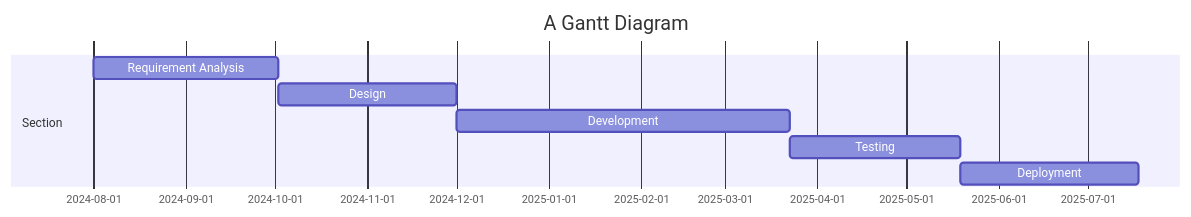
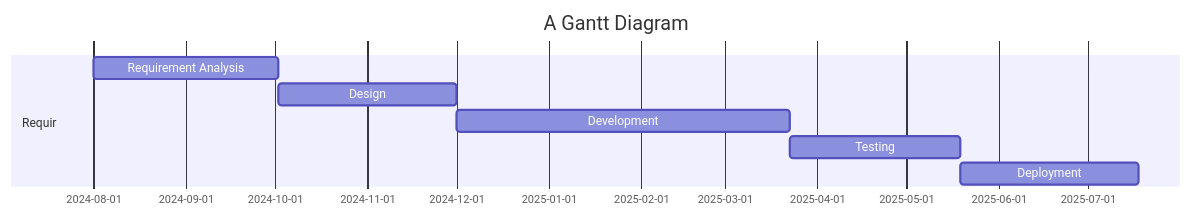
The diagram in all/Code Gantt Chart.md (sayshelley/iodraw-files), drawn with Mermaid before and after one commit.

Commit message:
2024-10-04 22:29:55 update

````diff
--- a/all/Code Gantt Chart.md
+++ b/all/Code Gantt Chart.md
@@ -1,15 +1,15 @@
 ```mermaid
 gantt
     title A Gantt Diagram
     dateFormat  YYYY-MM-DD
-    section Section
+    section Requir
     Requirement Analysis        :a1, 2024-08-01, 62d
     Design :a2, after a1, 60d
     Development: a3, after a2, 112d
     Testing: a4, after a3, 57d
     Deployment : a5, after a4, 60d
     
-    
+
 
    
 ```
````
